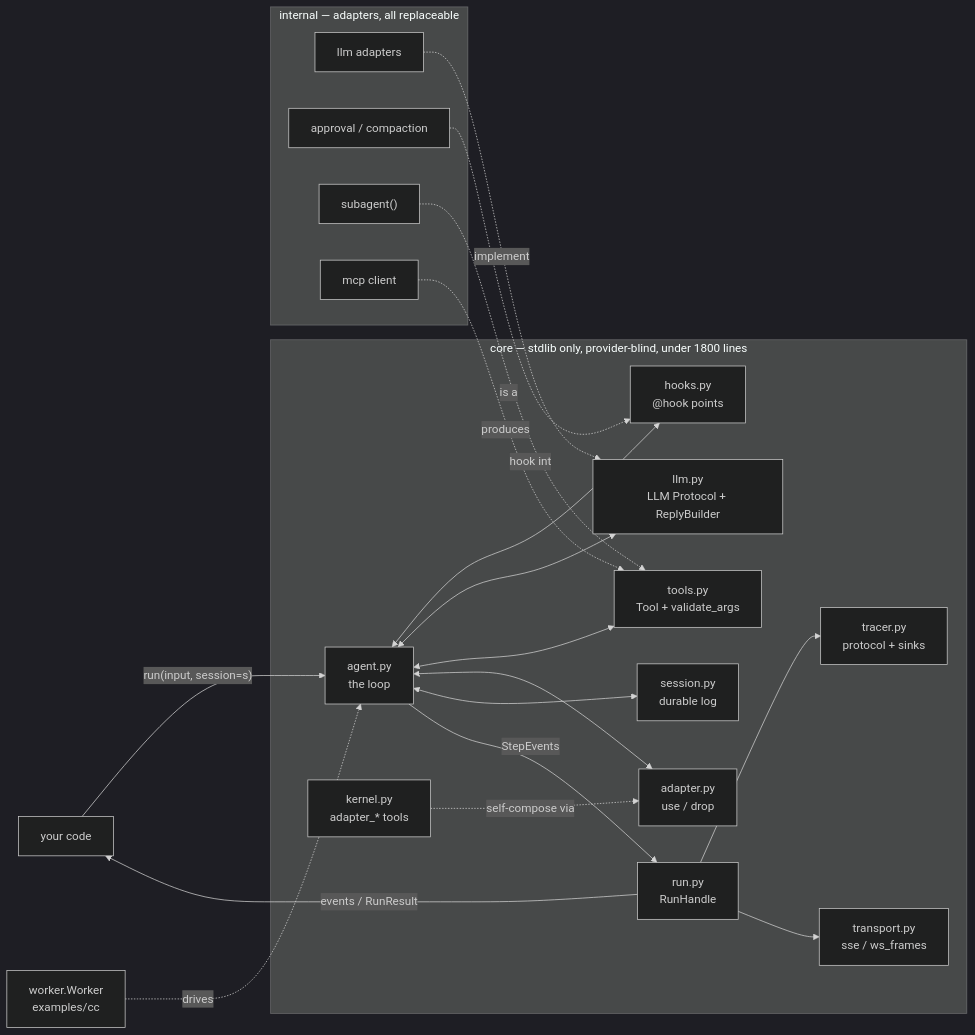
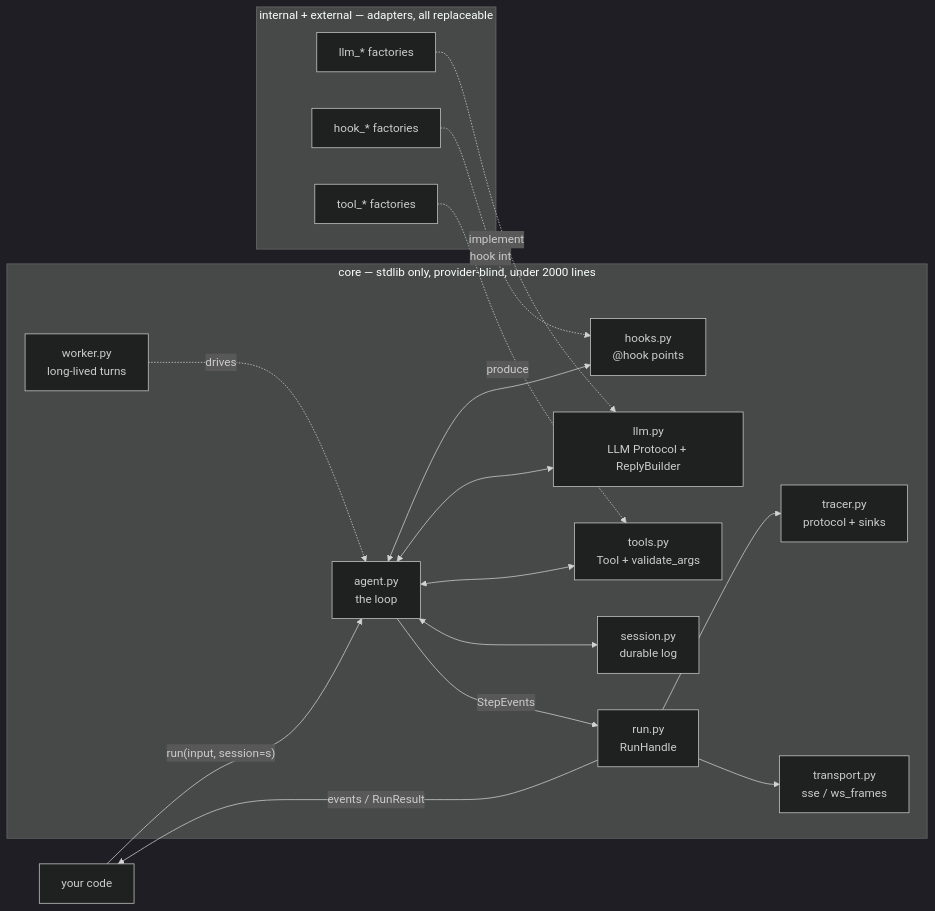
The diagram in README.md (definableai/stellar), drawn with Mermaid (dark theme) before and after one commit. The commit also changed other lines of this file and 1 other file, not shown here.

````diff
--- a/README.md
+++ b/README.md
@@ -38,27 +38,24 @@
 ```mermaid
 flowchart LR
     U[your code] -->|"run(input, session=s)"| A
-    WK["worker.Worker<br/>examples/cc"] -.drives.-> A
 
-    subgraph CORE["core — stdlib only, provider-blind, under 1800 lines"]
+    subgraph CORE["core — stdlib only, provider-blind, under 2000 lines"]
         A["agent.py<br/>the loop"]
+        WK["worker.py<br/>long-lived turns"] -.drives.-> A
         A <--> HK["hooks.py<br/>@hook points"]
         A <--> LP["llm.py<br/>LLM Protocol + ReplyBuilder"]
         A <--> TL["tools.py<br/>Tool + validate_args"]
-        A <--> AD["adapter.py<br/>use / drop"]
         A <--> SS["session.py<br/>durable log"]
-        KN["kernel.py<br/>adapter_* tools"] -.self-compose via.-> AD
         A -->|StepEvents| RH["run.py<br/>RunHandle"]
         RH --> TR["tracer.py<br/>protocol + sinks"]
         RH --> TP["transport.py<br/>sse / ws_frames"]
     end
 
-    subgraph INTERNAL["internal — adapters, all replaceable"]
-        OA["llm adapters"] -.implement.-> LP
-        AP["approval / compaction"] -.hook into.-> HK
-        SB["subagent()"] -.is a.-> TL
-        MC["mcp client"] -.produces.-> TL
+    subgraph ADAPTERS["internal + external — adapters, all replaceable"]
+        OA["llm_* factories"] -.implement.-> LP
+        AP["hook_* factories"] -.hook into.-> HK
+        TB["tool_* factories"] -.produce.-> TL
     end
 
     RH -->|"events / RunResult"| U
 ```
````
